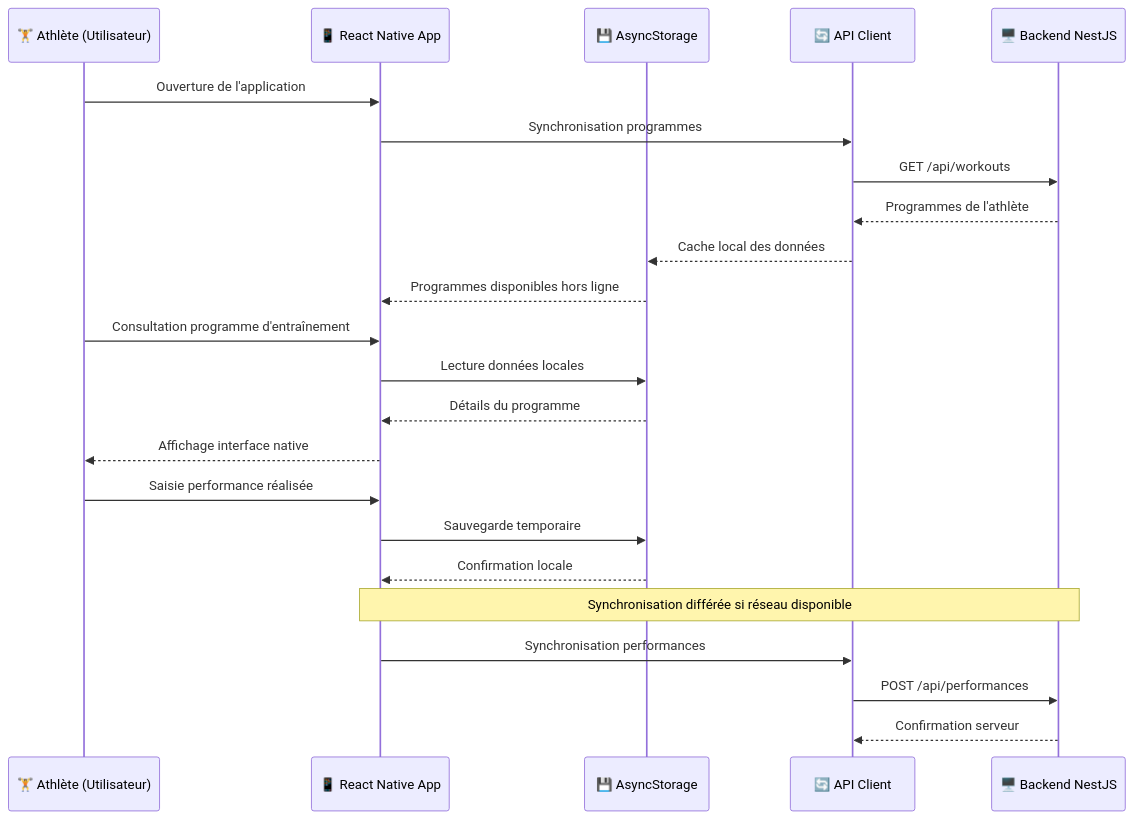
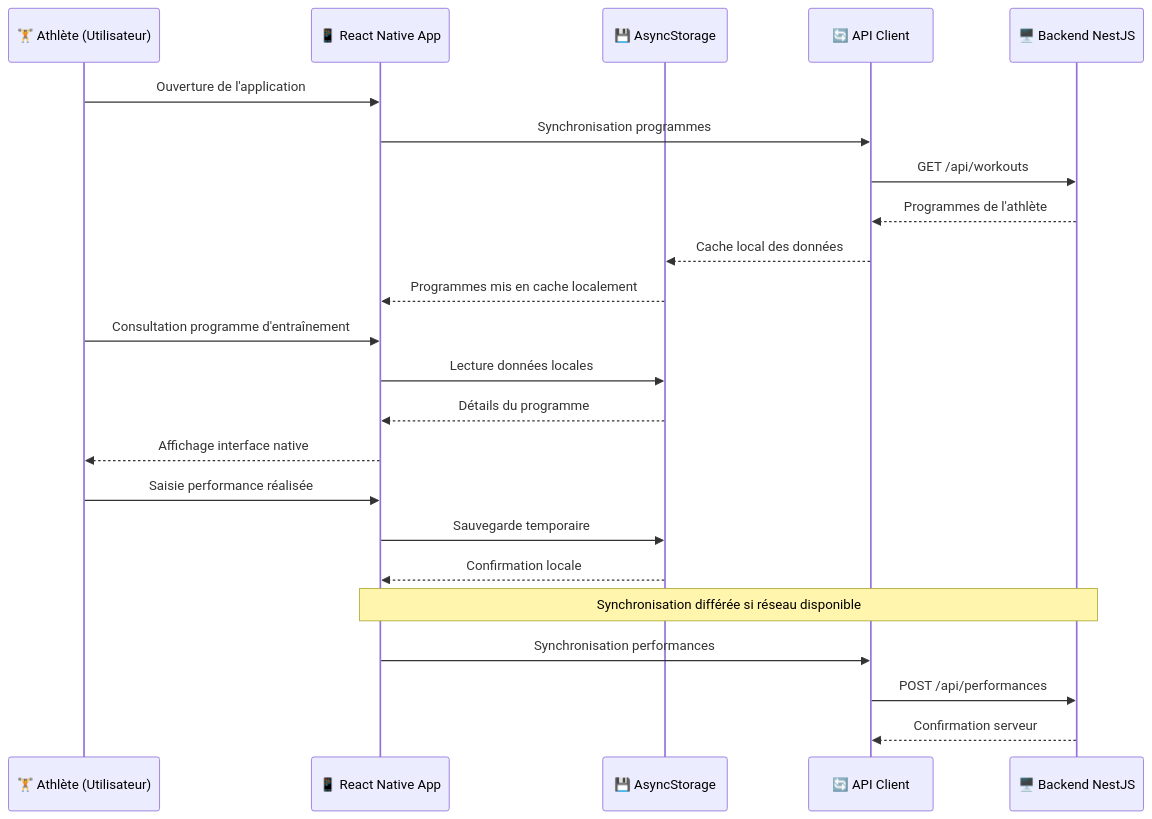
Before and after one commit to Netsbump/dropit-documentation: the second of 2 diagrams in src/content/docs/conception/presentations.md, drawn with Mermaid. The commit also changed other lines of this file and 1 other file, not shown here.

Commit message:
📝 docs: fix online first mobile

````diff
--- a/src/content/docs/conception/presentations.md
+++ b/src/content/docs/conception/presentations.md
@@ -750,30 +750,30 @@
 ```mermaid
 sequenceDiagram
     participant Athlete as 🏋️ Athlète (Utilisateur)
     participant App as 📱 React Native App
     participant Storage as 💾 AsyncStorage
     participant API as 🔄 API Client
     participant Server as 🖥️ Backend NestJS
     
     Athlete->>App: Ouverture de l'application
     
     App->>API: Synchronisation programmes
     API->>Server: GET /api/workouts
     Server-->>API: Programmes de l'athlète
     API-->>Storage: Cache local des données
-    Storage-->>App: Programmes disponibles hors ligne
+    Storage-->>App: Programmes mis en cache localement
     
     Athlete->>App: Consultation programme d'entraînement
     App->>Storage: Lecture données locales
     Storage-->>App: Détails du programme
     App-->>Athlete: Affichage interface native
     
     Athlete->>App: Saisie performance réalisée
     App->>Storage: Sauvegarde temporaire
     Storage-->>App: Confirmation locale
     
     Note over App,Server: Synchronisation différée si réseau disponible
     App->>API: Synchronisation performances
     API->>Server: POST /api/performances
     Server-->>API: Confirmation serveur
 ```
````
